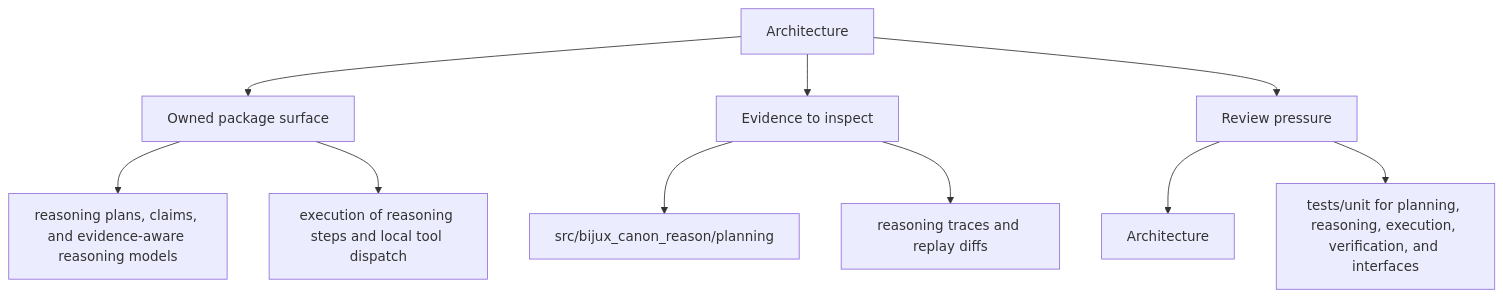
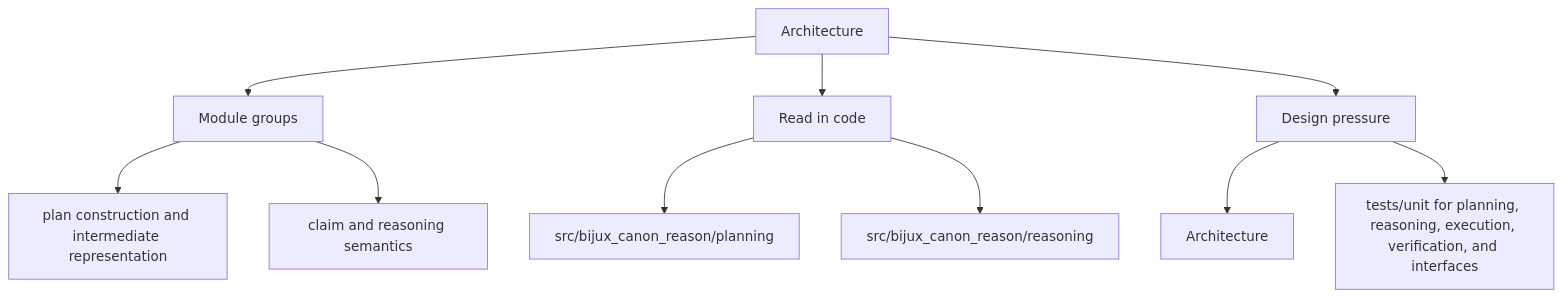
One commit to bijux/bijux-canon changed the second of 2 diagrams in docs/bijux-canon-reason/architecture/index.md. Above: the diagram before and after it, drawn with Mermaid. The commit also changed other lines of this file and 250 other files, not shown here.

Commit message:
docs(diagrams): make product page maps more readable

````diff
--- a/docs/bijux-canon-reason/architecture/index.md
+++ b/docs/bijux-canon-reason/architecture/index.md
@@ -32,22 +32,22 @@
 ```mermaid
 flowchart TD
     page["Architecture"]
-    focus1["Owned package surface"]
+    focus1["Module groups"]
     page --> focus1
-    focus1_1["reasoning plans, claims, and evidence-aware reasoning models"]
+    focus1_1["plan construction and intermediate representation"]
     focus1 --> focus1_1
-    focus1_2["execution of reasoning steps and local tool dispatch"]
+    focus1_2["claim and reasoning semantics"]
     focus1 --> focus1_2
-    focus2["Evidence to inspect"]
+    focus2["Read in code"]
     page --> focus2
     focus2_1["src/bijux_canon_reason/planning"]
     focus2 --> focus2_1
-    focus2_2["reasoning traces and replay diffs"]
+    focus2_2["src/bijux_canon_reason/reasoning"]
     focus2 --> focus2_2
-    focus3["Review pressure"]
+    focus3["Design pressure"]
     page --> focus3
     focus3_1["Architecture"]
     focus3 --> focus3_1
     focus3_2["tests/unit for planning, reasoning, execution, verification, and interfaces"]
     focus3 --> focus3_2
 ```
````
